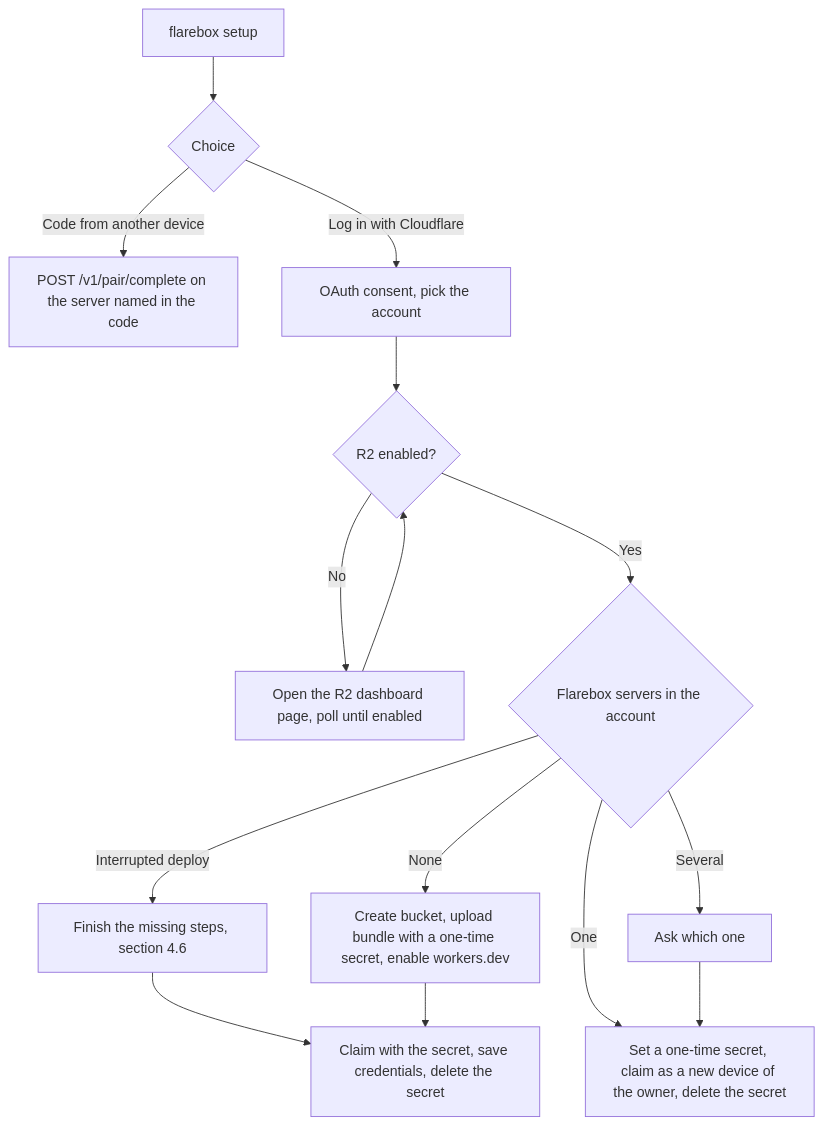
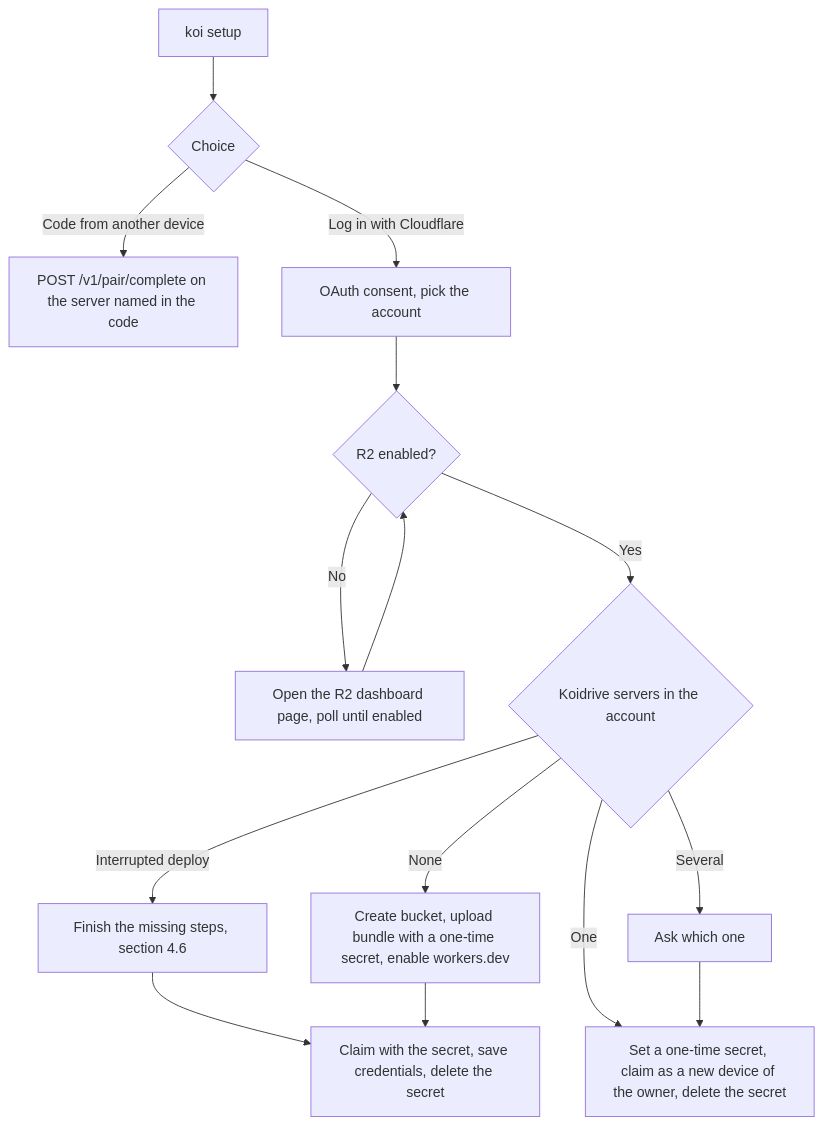
One commit to flarebox-dev/flarebox changed the diagram in docs/design/cli-setup.md. Above: the diagram before and after it, drawn with Mermaid. The commit also changed other lines of this file and 311 other files, not shown here.

First line of the commit message:
chore: rename Flarebox to Koidrive

````diff
--- a/docs/design/cli-setup.md
+++ b/docs/design/cli-setup.md
@@ -32,15 +32,15 @@
 ```mermaid
 flowchart TD
-    A[flarebox setup] --> B{Choice}
+    A[koi setup] --> B{Choice}
     B -->|Code from another device| J[POST /v1/pair/complete on the server named in the code]
     B -->|Log in with Cloudflare| C[OAuth consent, pick the account]
     C --> D{R2 enabled?}
     D -->|No| E[Open the R2 dashboard page, poll until enabled]
     E --> D
-    D -->|Yes| F{Flarebox servers in the account}
+    D -->|Yes| F{Koidrive servers in the account}
     F -->|None| G[Create bucket, upload bundle with a one-time secret, enable workers.dev]
     F -->|Interrupted deploy| L[Finish the missing steps, section 4.6] --> H
     G --> H[Claim with the secret, save credentials, delete the secret]
     F -->|One| I[Set a one-time secret, claim as a new device of the owner, delete the secret]
     F -->|Several| K[Ask which one] --> I
 ```
````
